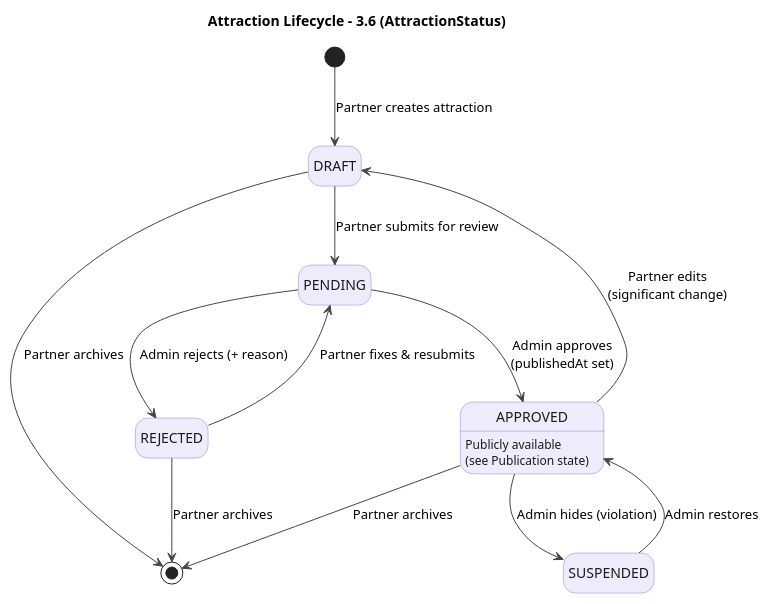
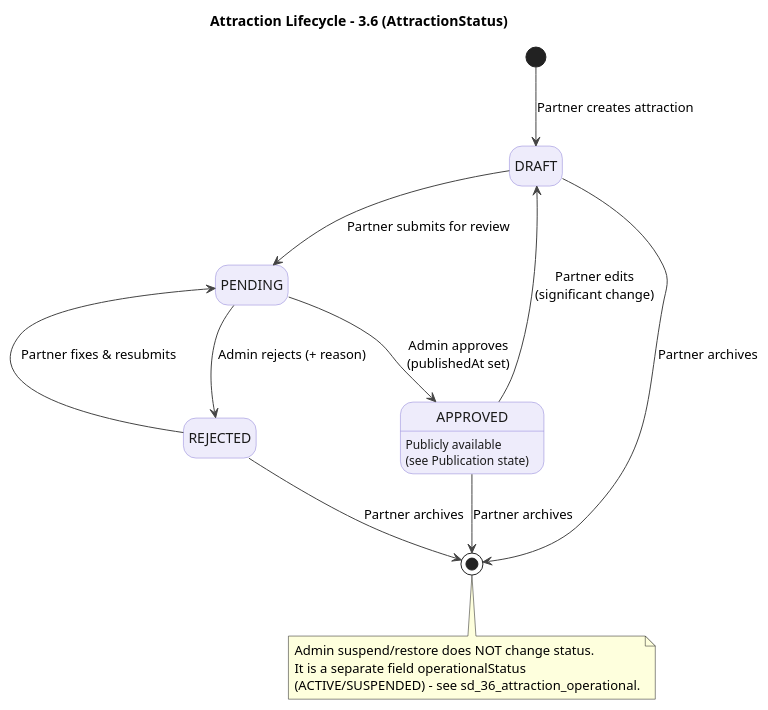
The diagram in docs/diagrams/state_diagrams/sd_36_attraction.puml (SUMMER2026SE/swp391-rbl-project-team_5), drawn with PlantUML before and after one commit. The commit also changed 354 other files, not shown here.

First line of the commit message:
docs(diagrams): bo sung class diagram, screen flow va cap nhat state diagram

```diff
--- a/docs/diagrams/state_diagrams/sd_36_attraction.puml
+++ b/docs/diagrams/state_diagrams/sd_36_attraction.puml
@@ -1,26 +1,30 @@
 @startuml
 title Attraction Lifecycle - 3.6 (AttractionStatus)
 skinparam shadowing false
 skinparam defaultFontName Arial
 skinparam state {
   BackgroundColor #EEECFB
   BorderColor #8B7FD6
   FontColor #1A1A1A
   ArrowColor #444444
 }
 hide empty description
 
 [*] --> DRAFT : Partner creates attraction
 DRAFT --> PENDING : Partner submits for review
 REJECTED --> PENDING : Partner fixes & resubmits
 PENDING --> APPROVED : Admin approves\n(publishedAt set)
 PENDING --> REJECTED : Admin rejects (+ reason)
 APPROVED --> DRAFT : Partner edits\n(significant change)
-APPROVED --> SUSPENDED : Admin hides (violation)
-SUSPENDED --> APPROVED : Admin restores
 DRAFT --> [*] : Partner archives
 REJECTED --> [*] : Partner archives
 APPROVED --> [*] : Partner archives
 
 APPROVED : Publicly available\n(see Publication state)
+
+note bottom
+  Admin suspend/restore does NOT change status.
+  It is a separate field operationalStatus
+  (ACTIVE/SUSPENDED) - see sd_36_attraction_operational.
+end note
 @enduml
```
